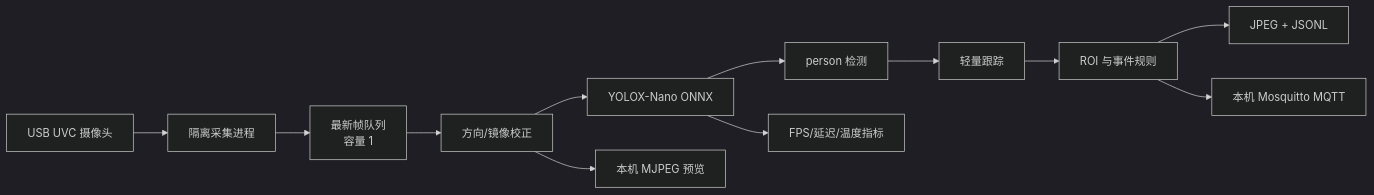
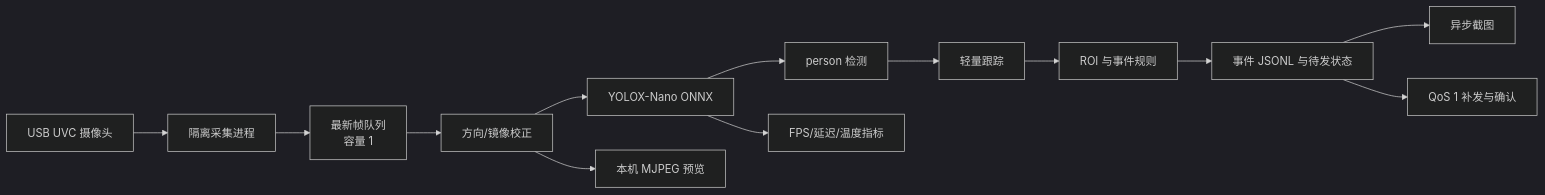
Before and after one commit to feng-100M/edgevision: the diagram in PROJECT_GUIDE.md, drawn with Mermaid (dark theme). The commit also changed other lines of this file and 29 other files, not shown here.

````diff
--- a/PROJECT_GUIDE.md
+++ b/PROJECT_GUIDE.md
@@ -66,14 +66,15 @@
 ```mermaid
 flowchart LR
     A[USB UVC 摄像头] --> B[隔离采集进程]
     B --> C[最新帧队列\n容量 1]
     C --> D[方向/镜像校正]
     D --> E[YOLOX-Nano ONNX]
     E --> F[person 检测]
     F --> G[轻量跟踪]
     G --> H[ROI 与事件规则]
-    H --> I[JPEG + JSONL]
-    H --> J[本机 Mosquitto MQTT]
+    H --> I[事件 JSONL 与待发状态]
+    I --> M[异步截图]
+    I --> J[QoS 1 补发与确认]
     D --> K[本机 MJPEG 预览]
     E --> L[FPS/延迟/温度指标]
 ```
````
